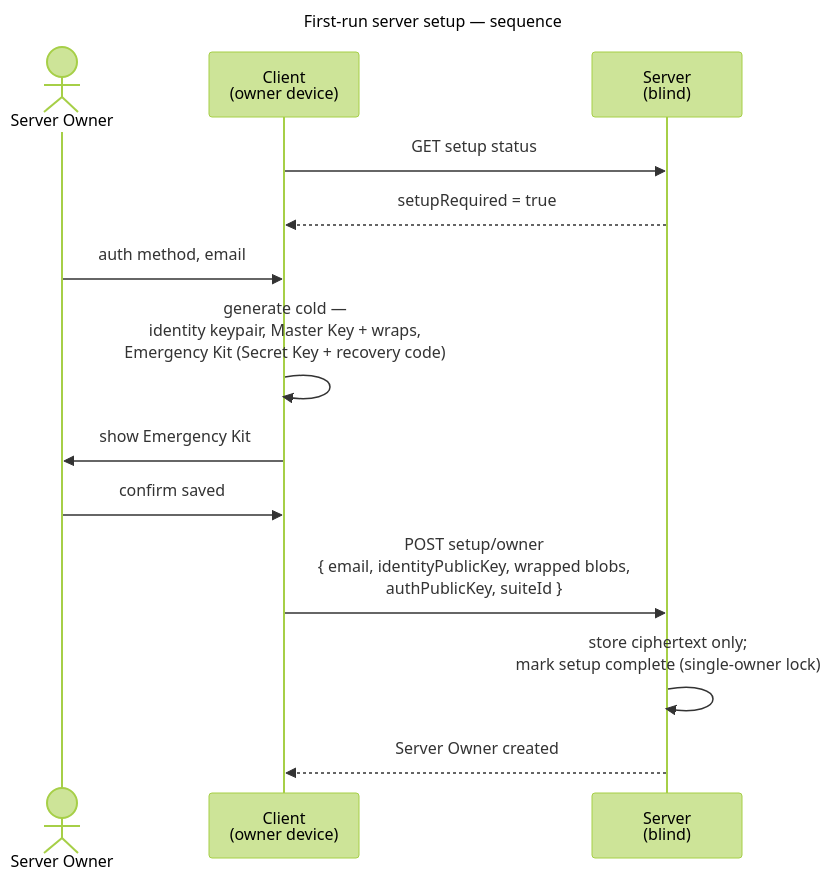
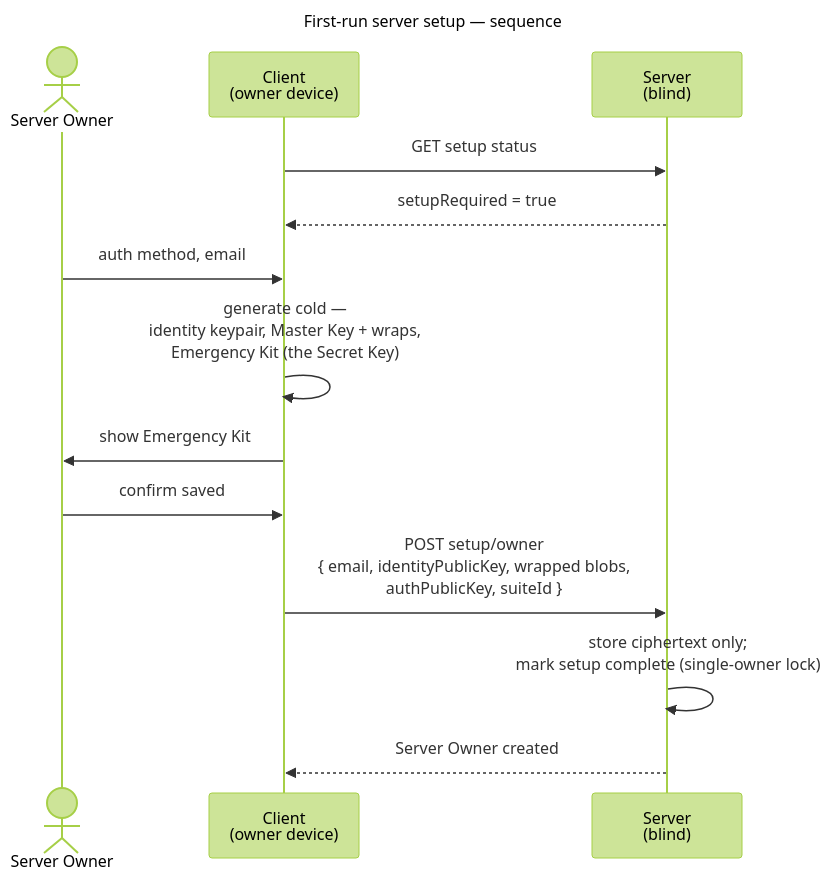
The first of 2 diagrams in docs/features/admin/use-cases/uc.admin.setup-server.md (raddatzk/veyq), drawn with Mermaid (forest theme) before and after one commit. The commit also changed other lines of this file and 9 other files, not shown here.

First line of the commit message:
docs: retire three claims nothing backs — a recovery code, a spec, an unstealable key

````diff
--- a/docs/features/admin/use-cases/uc.admin.setup-server.md
+++ b/docs/features/admin/use-cases/uc.admin.setup-server.md
@@ -29,18 +29,18 @@
 ```mermaid
 ---
 title: First-run server setup — sequence
 ---
 sequenceDiagram
   actor O as Server Owner
   participant C as Client<br>(owner device)
   participant S as Server<br>(blind)
   C->>S: GET setup status
   S-->>C: setupRequired = true
   O->>C: auth method, email
-  C->>C: generate cold —<br>identity keypair, Master Key + wraps,<br>Emergency Kit (Secret Key + recovery code)
+  C->>C: generate cold —<br>identity keypair, Master Key + wraps,<br>Emergency Kit (the Secret Key)
   C->>O: show Emergency Kit
   O->>C: confirm saved
   C->>S: POST setup/owner<br>{ email, identityPublicKey, wrapped blobs,<br>authPublicKey, suiteId }
   S->>S: store ciphertext only#59;<br>mark setup complete (single-owner lock)
   S-->>C: Server Owner created
 ```
````
